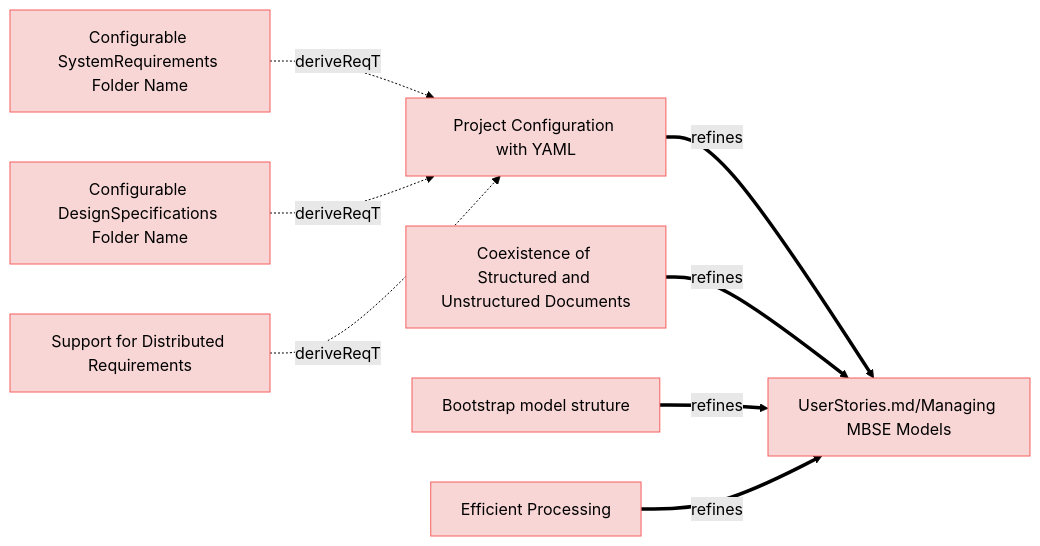
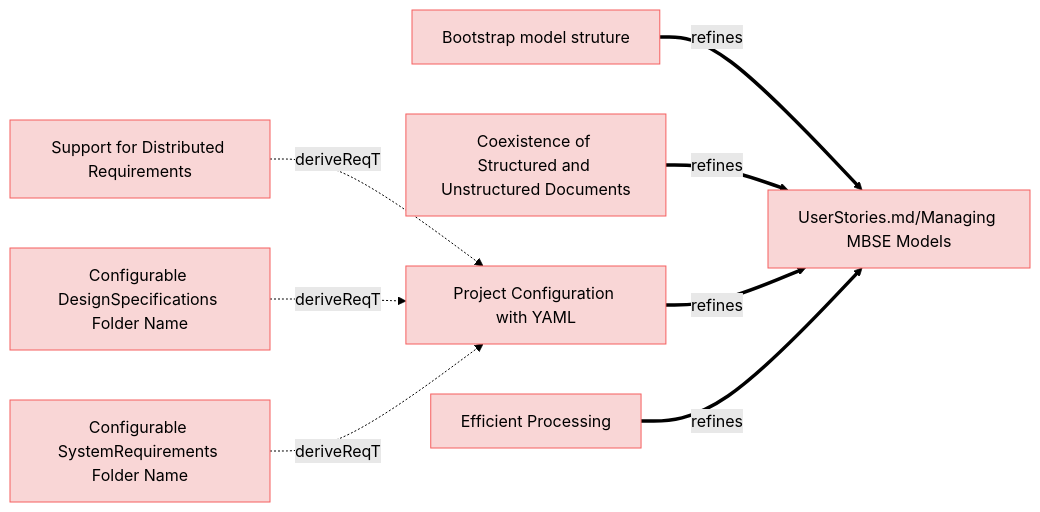
Before and after one commit to reqvire-org/reqvire: the first of 11 diagrams in specifications/UserRequirements.md, drawn with Mermaid (forest theme). The commit also changed other lines of this file and 5 other files, not shown here.

Commit message:
Updates spec with diagrams

````diff
--- a/specifications/UserRequirements.md
+++ b/specifications/UserRequirements.md
@@ -4,40 +4,40 @@
 ```mermaid
 graph LR;
   %% Graph styling
   classDef requirement fill:#f9d6d6,stroke:#f55f5f,stroke-width:1px;
   classDef verification fill:#d6f9d6,stroke:#5fd75f,stroke-width:1px;
   classDef externalLink fill:#d0e0ff,stroke:#3080ff,stroke-width:1px;
   classDef default fill:#f5f5f5,stroke:#333333,stroke-width:1px;
 
-  438060bb46["Configurable SystemRequirements Folder Name"];
-  click 438060bb46 "UserRequirements.md#configurable-systemrequirements-folder-name";
-  class 438060bb46 requirement;
+  a2398f7051["Bootstrap model struture"];
+  click a2398f7051 "UserRequirements.md#bootstrap-model-struture";
+  class a2398f7051 requirement;
+  852dea6cfe["UserStories.md/Managing MBSE Models"];
+  class 852dea6cfe requirement;
+  click 852dea6cfe "UserStories.md#managing-mbse-models";
+  a2398f7051 ==>|refines| 852dea6cfe;
+  6849361af5["Coexistence of Structured and Unstructured Documents"];
+  click 6849361af5 "UserRequirements.md#coexistence-of-structured-and-unstructured-documents";
+  class 6849361af5 requirement;
+  6849361af5 ==>|refines| 852dea6cfe;
+  fc49f77257["Support for Distributed Requirements"];
+  click fc49f77257 "UserRequirements.md#support-for-distributed-requirements";
+  class fc49f77257 requirement;
   7430e12113["Project Configuration with YAML"];
   class 7430e12113 requirement;
   click 7430e12113 "UserRequirements.md#project-configuration-with-yaml";
-  438060bb46 -.->|deriveReqT| 7430e12113;
+  fc49f77257 -.->|deriveReqT| 7430e12113;
   3745496893["Configurable DesignSpecifications Folder Name"];
   click 3745496893 "UserRequirements.md#configurable-designspecifications-folder-name";
   class 3745496893 requirement;
   3745496893 -.->|deriveReqT| 7430e12113;
-  852dea6cfe["UserStories.md/Managing MBSE Models"];
-  class 852dea6cfe requirement;
-  click 852dea6cfe "UserStories.md#managing-mbse-models";
+  438060bb46["Configurable SystemRequirements Folder Name"];
+  click 438060bb46 "UserRequirements.md#configurable-systemrequirements-folder-name";
+  class 438060bb46 requirement;
+  438060bb46 -.->|deriveReqT| 7430e12113;
   7430e12113 ==>|refines| 852dea6cfe;
-  6849361af5["Coexistence of Structured and Unstructured Documents"];
-  click 6849361af5 "UserRequirements.md#coexistence-of-structured-and-unstructured-documents";
-  class 6849361af5 requirement;
-  6849361af5 ==>|refines| 852dea6cfe;
-  a2398f7051["Bootstrap model struture"];
-  click a2398f7051 "UserRequirements.md#bootstrap-model-struture";
-  class a2398f7051 requirement;
-  a2398f7051 ==>|refines| 852dea6cfe;
-  fc49f77257["Support for Distributed Requirements"];
-  click fc49f77257 "UserRequirements.md#support-for-distributed-requirements";
-  class fc49f77257 requirement;
-  fc49f77257 -.->|deriveReqT| 7430e12113;
   f07cf1cbfa["Efficient Processing"];
   click f07cf1cbfa "UserRequirements.md#efficient-processing";
   class f07cf1cbfa requirement;
   f07cf1cbfa ==>|refines| 852dea6cfe;
 ```
````
